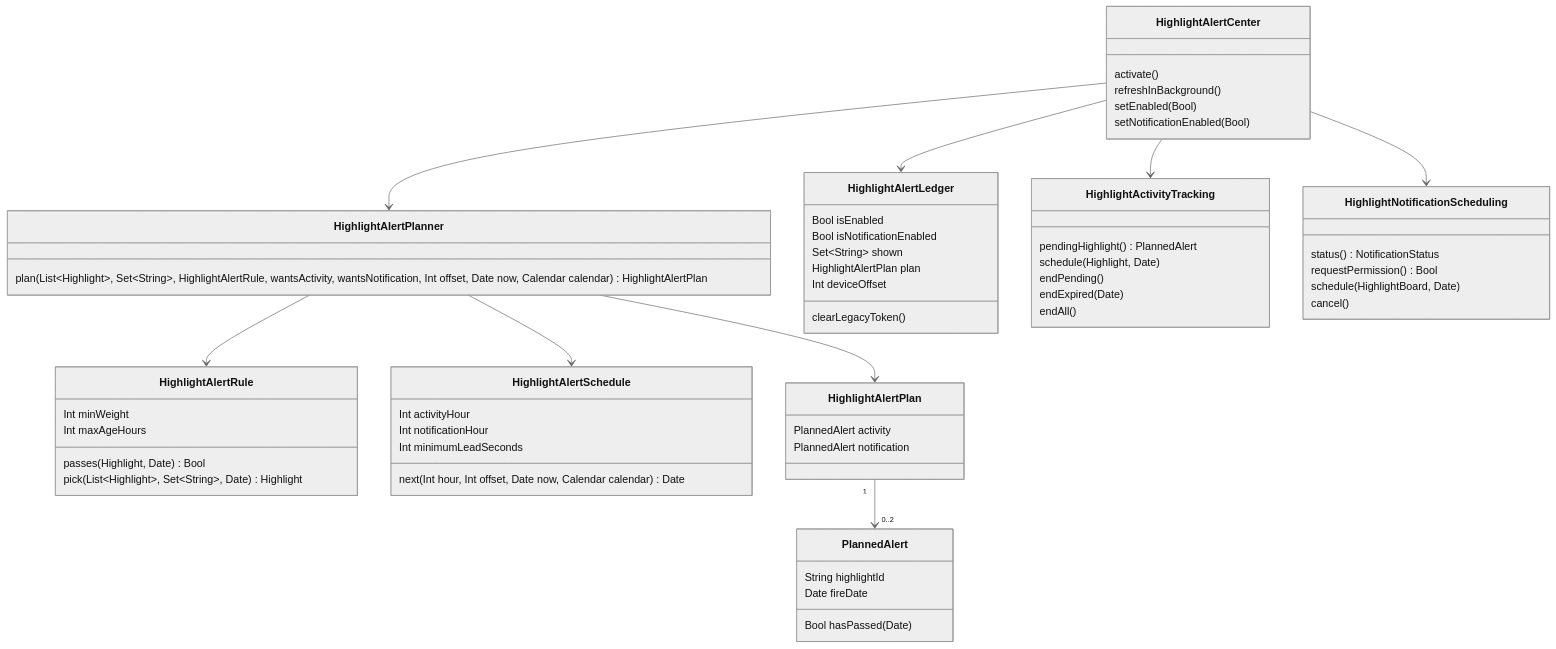
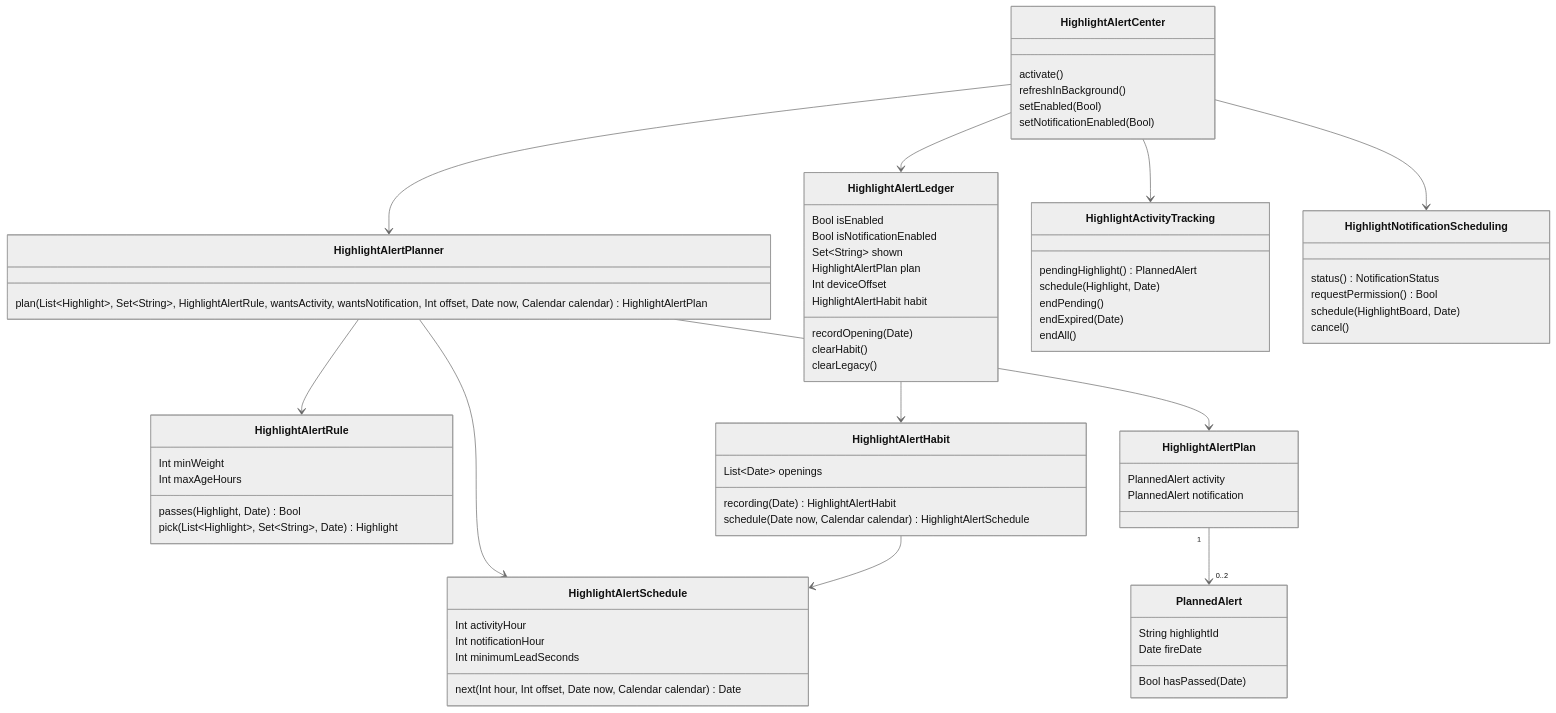
One commit to byescaleira/fiscal changed the diagram in spdd/prompt/FSC-020-202611042045-[Feat]-app-reads-only-from-cdn-and-local-alerts.md. Above: the diagram before and after it, drawn with Mermaid (neutral theme). The commit also changed other lines of this file and 8 other files, not shown here.

````diff
--- a/spdd/prompt/FSC-020-202611042045-[Feat]-app-reads-only-from-cdn-and-local-alerts.md
+++ b/spdd/prompt/FSC-020-202611042045-[Feat]-app-reads-only-from-cdn-and-local-alerts.md
@@ -46,62 +54,72 @@
 ```mermaid
 classDiagram
   class HighlightAlertRule {
     Int minWeight
     Int maxAgeHours
     passes(Highlight, Date) Bool
     pick(List~Highlight~, Set~String~, Date) Highlight
   }
   class HighlightAlertSchedule {
     Int activityHour
     Int notificationHour
     Int minimumLeadSeconds
     next(Int hour, Int offset, Date now, Calendar calendar) Date
   }
   class HighlightAlertPlan {
     PlannedAlert activity
     PlannedAlert notification
   }
   class PlannedAlert {
     String highlightId
     Date fireDate
     Bool hasPassed(Date)
   }
   class HighlightAlertPlanner {
     plan(List~Highlight~, Set~String~, HighlightAlertRule, wantsActivity, wantsNotification, Int offset, Date now, Calendar calendar) HighlightAlertPlan
   }
+  class HighlightAlertHabit {
+    List~Date~ openings
+    recording(Date) HighlightAlertHabit
+    schedule(Date now, Calendar calendar) HighlightAlertSchedule
+  }
   class HighlightAlertLedger {
     Bool isEnabled
     Bool isNotificationEnabled
     Set~String~ shown
     HighlightAlertPlan plan
     Int deviceOffset
-    clearLegacyToken()
+    HighlightAlertHabit habit
+    recordOpening(Date)
+    clearHabit()
+    clearLegacy()
   }
   class HighlightActivityTracking {
     pendingHighlight() PlannedAlert
     schedule(Highlight, Date)
     endPending()
     endExpired(Date)
     endAll()
   }
   class HighlightNotificationScheduling {
     status() NotificationStatus
     requestPermission() Bool
     schedule(HighlightBoard, Date)
     cancel()
   }
   class HighlightAlertCenter {
     activate()
     refreshInBackground()
     setEnabled(Bool)
     setNotificationEnabled(Bool)
   }
   HighlightAlertPlanner --> HighlightAlertRule
   HighlightAlertPlanner --> HighlightAlertSchedule
+  HighlightAlertHabit --> HighlightAlertSchedule
+  HighlightAlertLedger --> HighlightAlertHabit
   HighlightAlertPlanner --> HighlightAlertPlan
   HighlightAlertPlan "1" --> "0..2" PlannedAlert
   HighlightAlertCenter --> HighlightAlertPlanner
   HighlightAlertCenter --> HighlightAlertLedger
   HighlightAlertCenter --> HighlightActivityTracking
   HighlightAlertCenter --> HighlightNotificationScheduling
 ```
````
